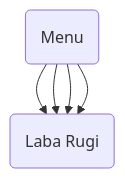
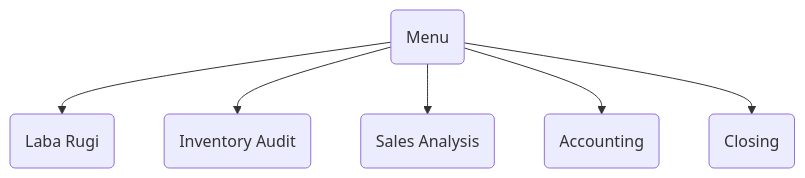
Before and after one commit to andyut/cnw_doc: the first of 2 diagrams in cnw_awr28_doc.md, drawn with Mermaid. The commit also changed other lines of this file, not shown here.

Commit message:
cnw_awr28_doc.md updated from https://stackedit.io/

````diff
--- a/cnw_awr28_doc.md
+++ b/cnw_awr28_doc.md
@@ -15,8 +15,9 @@
 ```mermaid
 graph TD
 A(Menu) --> B(Laba Rugi)
-A(Menu) --> B(Laba Rugi)
-A(Menu) --> B(Laba Rugi)
-A(Menu) --> B(Laba Rugi)
+A(Menu) --> C(Inventory Audit)
+A(Menu) --> D(Sales Analysis)
+A(Menu) --> E(Accounting)
+A(Menu) --> F(Closing)
 
 ```
````
